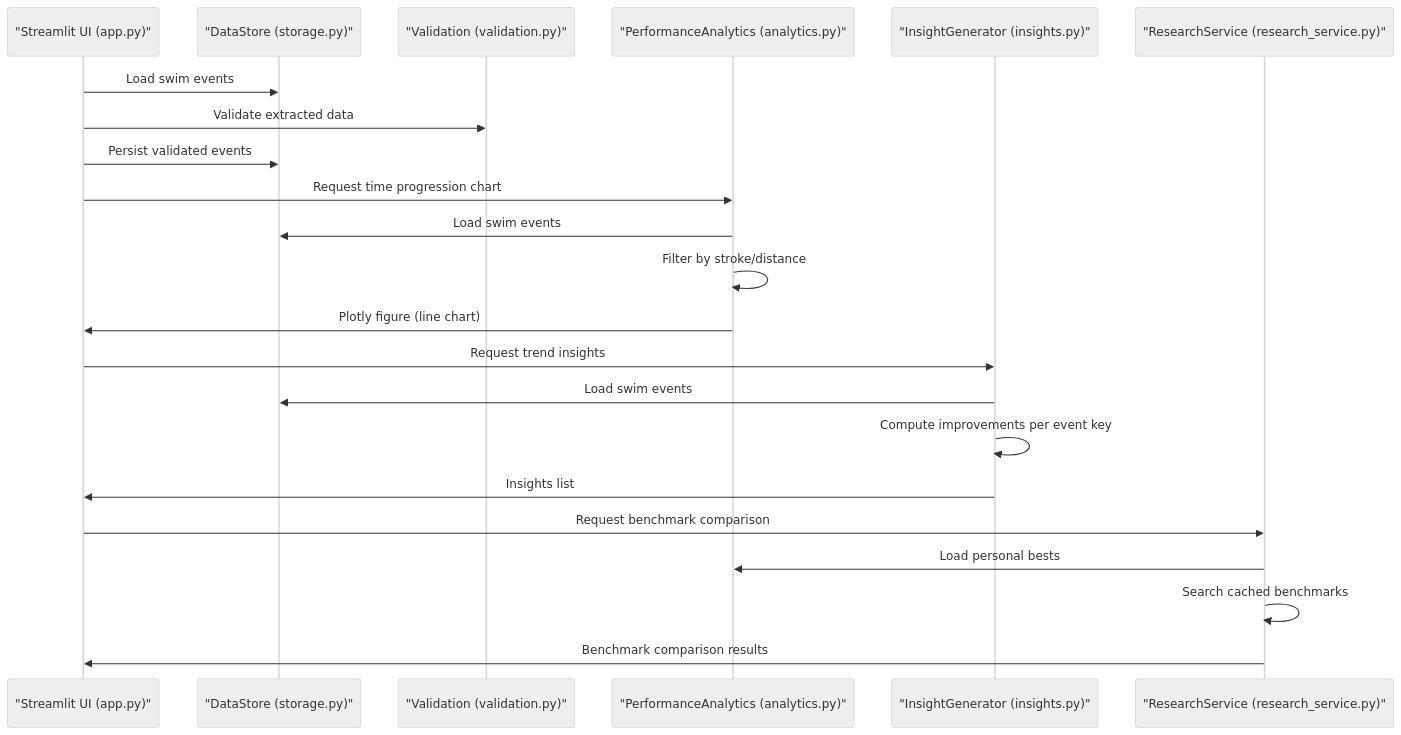
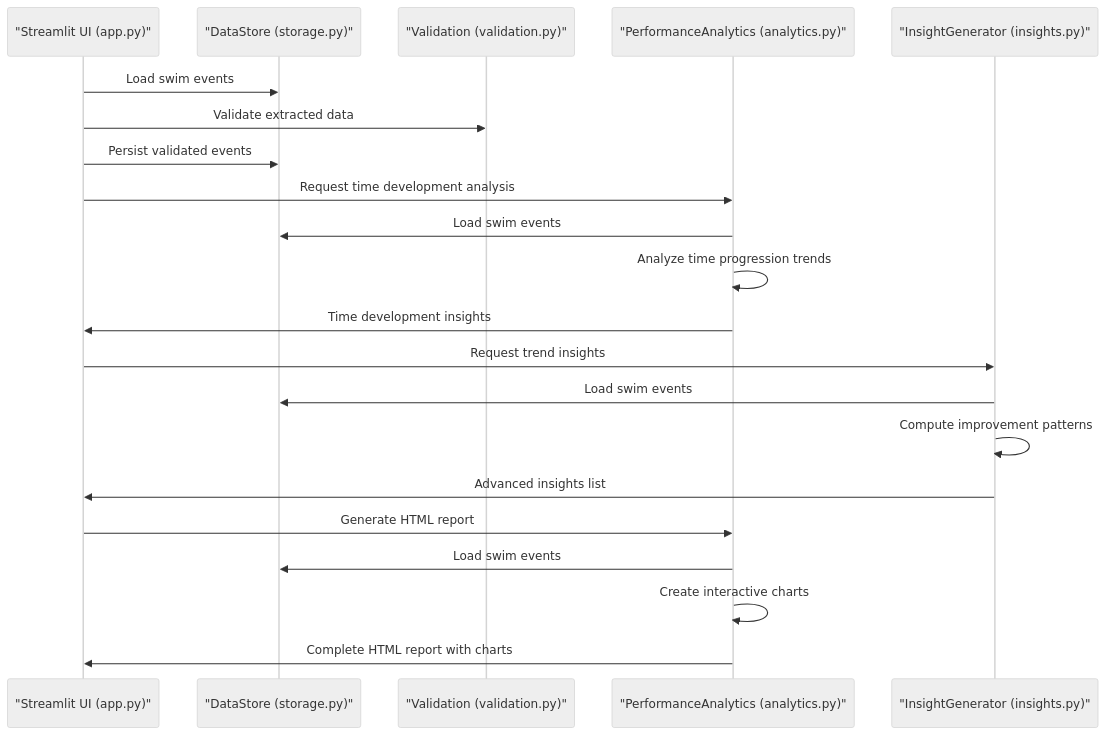
One commit to Johnny22056/SwimingStatus changed the second of 6 diagrams in .qoder/repowiki/en/content/Feature Modules/Analytics Engine.md. Above: the diagram before and after it, drawn with Mermaid (neutral theme). The commit also changed other lines of this file and 8 other files, not shown here.

````diff
--- a/.qoder/repowiki/en/content/Feature Modules/Analytics Engine.md
+++ b/.qoder/repowiki/en/content/Feature Modules/Analytics Engine.md
@@ -97,24 +96,23 @@
 ```mermaid
 sequenceDiagram
 participant UI as "Streamlit UI (app.py)"
 participant Store as "DataStore (storage.py)"
 participant Val as "Validation (validation.py)"
 participant PA as "PerformanceAnalytics (analytics.py)"
 participant IG as "InsightGenerator (insights.py)"
-participant RS as "ResearchService (research_service.py)"
 UI->>Store : Load swim events
 UI->>Val : Validate extracted data
 UI->>Store : Persist validated events
-UI->>PA : Request time progression chart
+UI->>PA : Request time development analysis
 PA->>Store : Load swim events
-PA->>PA : Filter by stroke/distance
-PA->>UI : Plotly figure (line chart)
+PA->>PA : Analyze time progression trends
+PA->>UI : Time development insights
 UI->>IG : Request trend insights
 IG->>Store : Load swim events
-IG->>IG : Compute improvements per event key
-IG->>UI : Insights list
-UI->>RS : Request benchmark comparison
-RS->>PA : Load personal bests
-RS->>RS : Search cached benchmarks
-RS->>UI : Benchmark comparison results
+IG->>IG : Compute improvement patterns
+IG->>UI : Advanced insights list
+UI->>PA : Generate HTML report
+PA->>Store : Load swim events
+PA->>PA : Create interactive charts
+PA->>UI : Complete HTML report with charts
 ```
````
